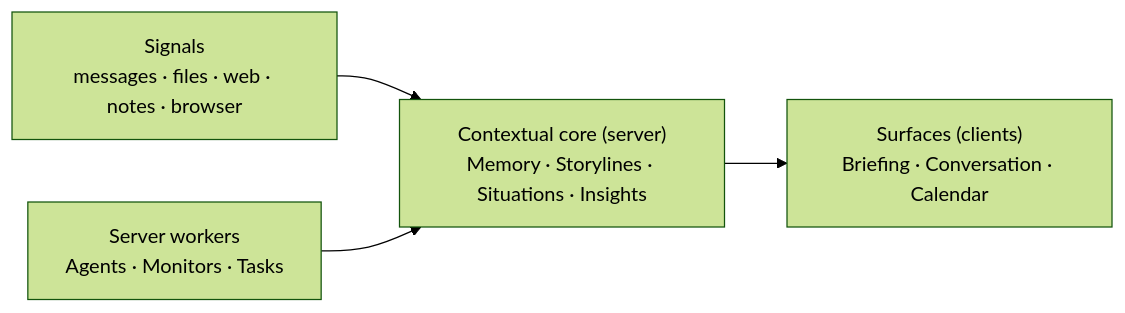
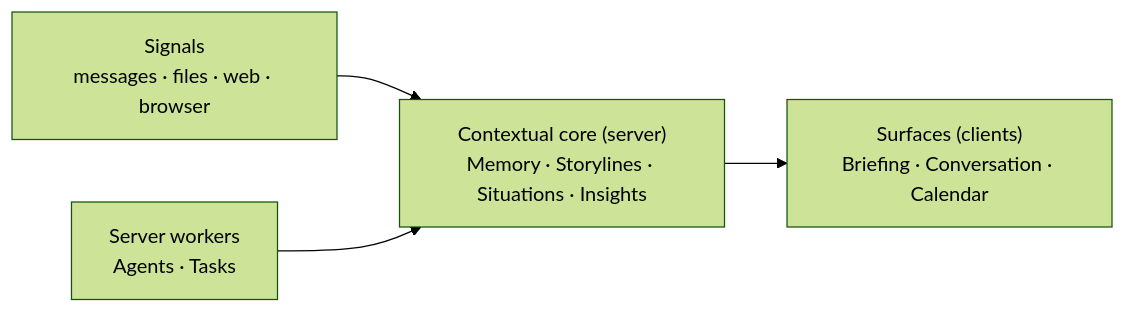
Before and after one commit to alex-oleshkevich/dailydrift: the second of 2 diagrams in specs/overview.md, drawn with Mermaid (forest theme). The commit also changed other lines of this file and 3 other files, not shown here.

````diff
--- a/specs/overview.md
+++ b/specs/overview.md
@@ -122,6 +122,6 @@
 ```mermaid
 flowchart LR
-    SIG["Signals<br/>messages · files · web · notes · browser"] --> CORE
-    AUTO["Server workers<br/>Agents · Monitors · Tasks"] --> CORE
+    SIG["Signals<br/>messages · files · web · browser"] --> CORE
+    AUTO["Server workers<br/>Agents · Tasks"] --> CORE
     CORE["Contextual core (server)<br/>Memory · Storylines · Situations · Insights"] --> SURF["Surfaces (clients)<br/>Briefing · Conversation · Calendar"]
 ```
````
